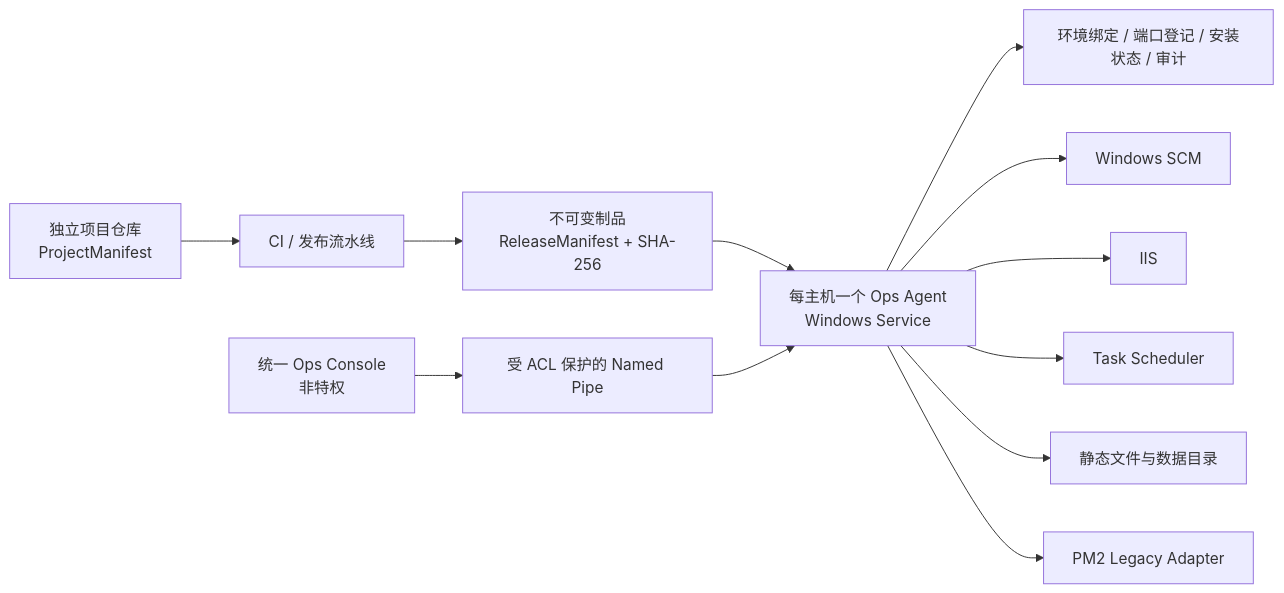
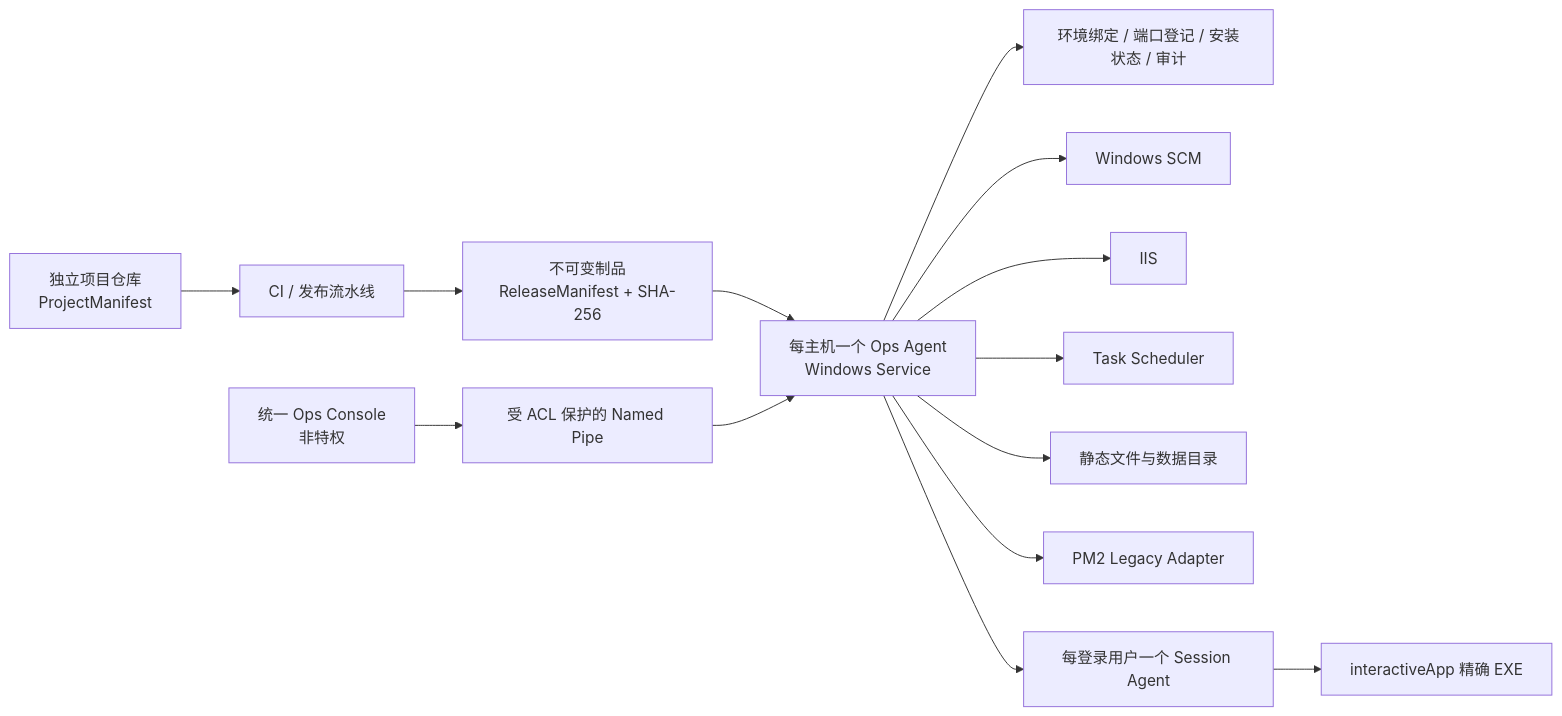
One commit to alo58-alt/Ops_Manifest_Specification changed the first of 2 diagrams in docs/architecture.md. Above: the diagram before and after it, drawn with Mermaid. The commit also changed other lines of this file and 97 other files, not shown here.

````diff
--- a/docs/architecture.md
+++ b/docs/architecture.md
@@ -9,14 +9,16 @@
 ```mermaid
 flowchart LR
   P["独立项目仓库\nProjectManifest"] --> CI["CI / 发布流水线"]
   CI --> R["不可变制品\nReleaseManifest + SHA-256"]
   C["统一 Ops Console\n非特权"] --> IPC["受 ACL 保护的 Named Pipe"]
   R --> A["每主机一个 Ops Agent\nWindows Service"]
   IPC --> A
   A --> B["环境绑定 / 端口登记 / 安装状态 / 审计"]
   A --> SCM["Windows SCM"]
   A --> IIS["IIS"]
   A --> TS["Task Scheduler"]
   A --> FS["静态文件与数据目录"]
   A --> PM2["PM2 Legacy Adapter"]
+  A --> SA["每登录用户一个 Session Agent"]
+  SA --> GUI["interactiveApp 精确 EXE"]
 ```
````
